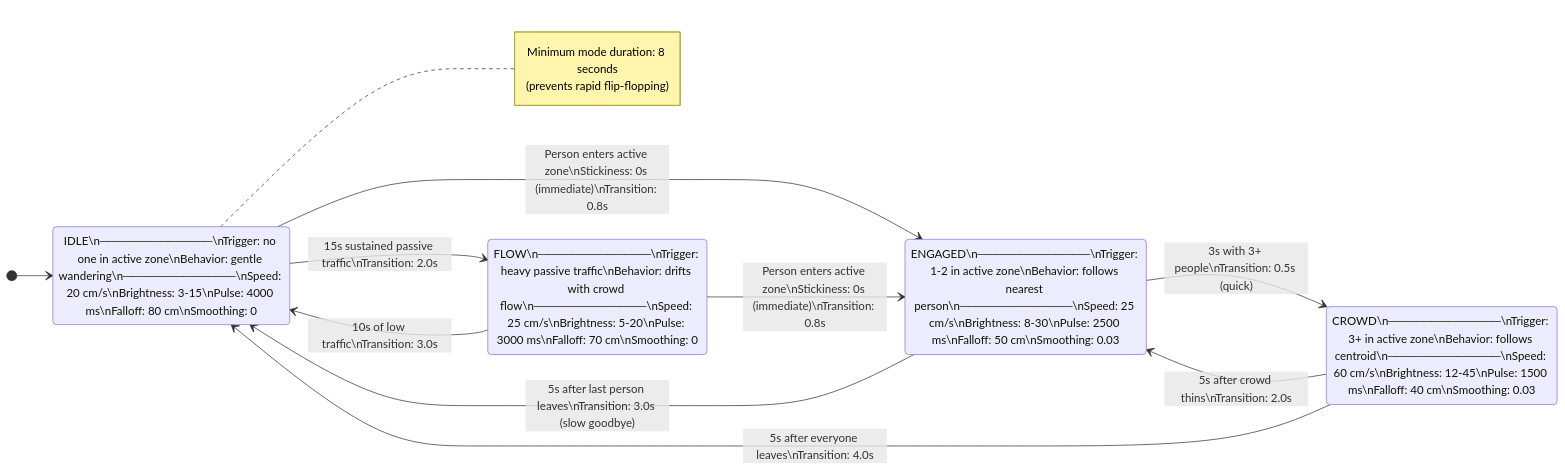
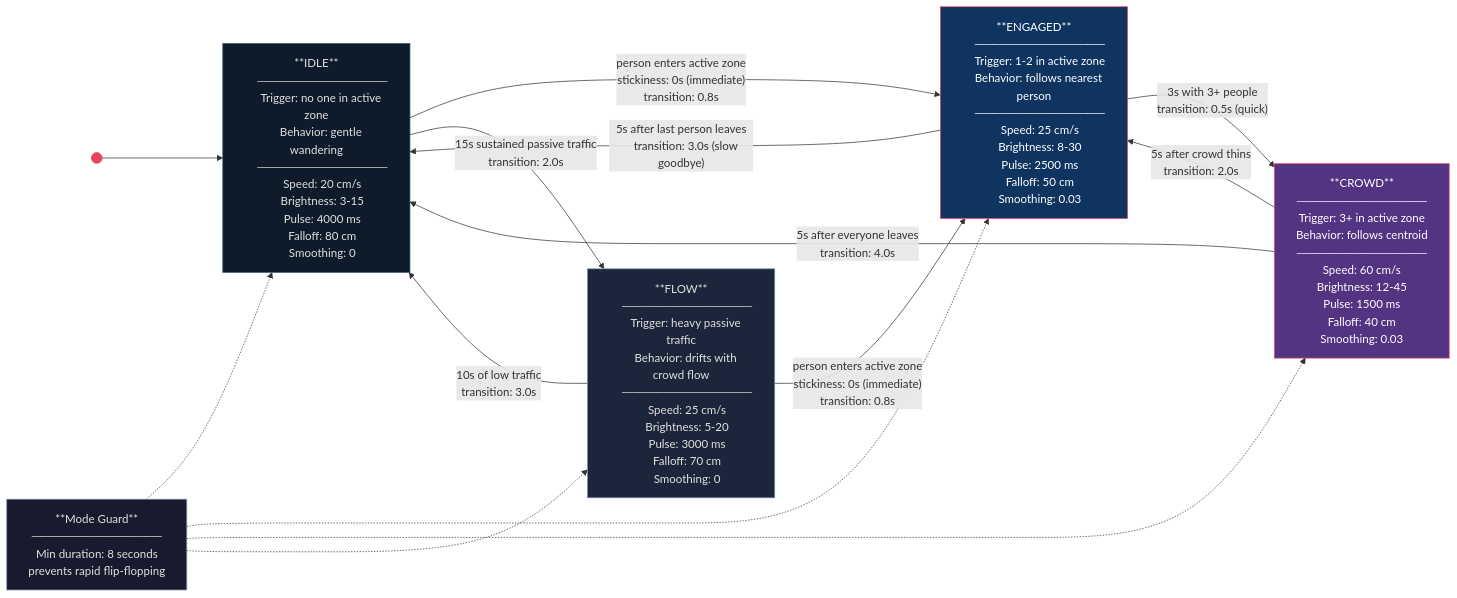
The second of 17 diagrams in IO/BEHAVIOR_DIAGRAMS.md (npuckett/dc-dev), drawn with Mermaid before and after one commit.

Commit message:
render fix

````diff
--- a/IO/BEHAVIOR_DIAGRAMS.md
+++ b/IO/BEHAVIOR_DIAGRAMS.md
@@ -76,25 +76,91 @@
 ```mermaid
-stateDiagram-v2
-    direction LR
+flowchart LR
+    START(( )) --> IDLE
 
-    IDLE: IDLE\n─────────────\nTrigger: no one in active zone\nBehavior: gentle wandering\n─────────────\nSpeed: 20 cm/s\nBrightness: 3-15\nPulse: 4000 ms\nFalloff: 80 cm\nSmoothing: 0
-    ENGAGED: ENGAGED\n─────────────\nTrigger: 1-2 in active zone\nBehavior: follows nearest person\n─────────────\nSpeed: 25 cm/s\nBrightness: 8-30\nPulse: 2500 ms\nFalloff: 50 cm\nSmoothing: 0.03
-    CROWD: CROWD\n─────────────\nTrigger: 3+ in active zone\nBehavior: follows centroid\n─────────────\nSpeed: 60 cm/s\nBrightness: 12-45\nPulse: 1500 ms\nFalloff: 40 cm\nSmoothing: 0.03
-    FLOW: FLOW\n─────────────\nTrigger: heavy passive traffic\nBehavior: drifts with crowd flow\n─────────────\nSpeed: 25 cm/s\nBrightness: 5-20\nPulse: 3000 ms\nFalloff: 70 cm\nSmoothing: 0
+    IDLE["**IDLE**
+    ───────────────
+    Trigger: no one in active zone
+    Behavior: gentle wandering
+    ───────────────
+    Speed: 20 cm/s
+    Brightness: 3-15
+    Pulse: 4000 ms
+    Falloff: 80 cm
+    Smoothing: 0"]
 
-    [*] --> IDLE
+    ENGAGED["**ENGAGED**
+    ───────────────
+    Trigger: 1-2 in active zone
+    Behavior: follows nearest person
+    ───────────────
+    Speed: 25 cm/s
+    Brightness: 8-30
+    Pulse: 2500 ms
+    Falloff: 50 cm
+    Smoothing: 0.03"]
 
-    IDLE --> ENGAGED: Person enters active zone\nStickiness: 0s (immediate)\nTransition: 0.8s
-    IDLE --> FLOW: 15s sustained passive traffic\nTransition: 2.0s
-    ENGAGED --> IDLE: 5s after last person leaves\nTransition: 3.0s (slow goodbye)
-    ENGAGED --> CROWD: 3s with 3+ people\nTransition: 0.5s (quick)
-    CROWD --> ENGAGED: 5s after crowd thins\nTransition: 2.0s
-    CROWD --> IDLE: 5s after everyone leaves\nTransition: 4.0s
-    FLOW --> IDLE: 10s of low traffic\nTransition: 3.0s
-    FLOW --> ENGAGED: Person enters active zone\nStickiness: 0s (immediate)\nTransition: 0.8s
+    CROWD["**CROWD**
+    ───────────────
+    Trigger: 3+ in active zone
+    Behavior: follows centroid
+    ───────────────
+    Speed: 60 cm/s
+    Brightness: 12-45
+    Pulse: 1500 ms
+    Falloff: 40 cm
+    Smoothing: 0.03"]
 
-    note right of IDLE
-        Minimum mode duration: 8 seconds
-        (prevents rapid flip-flopping)
-    end note
+    FLOW["**FLOW**
+    ───────────────
+    Trigger: heavy passive traffic
+    Behavior: drifts with crowd flow
+    ───────────────
+    Speed: 25 cm/s
+    Brightness: 5-20
+    Pulse: 3000 ms
+    Falloff: 70 cm
+    Smoothing: 0"]
+
+    IDLE -->|"person enters active zone
+    stickiness: 0s (immediate)
+    transition: 0.8s"| ENGAGED
+
+    IDLE -->|"15s sustained passive traffic
+    transition: 2.0s"| FLOW
+
+    ENGAGED -->|"5s after last person leaves
+    transition: 3.0s (slow goodbye)"| IDLE
+
+    ENGAGED -->|"3s with 3+ people
+    transition: 0.5s (quick)"| CROWD
+
+    CROWD -->|"5s after crowd thins
+    transition: 2.0s"| ENGAGED
+
+    CROWD -->|"5s after everyone leaves
+    transition: 4.0s"| IDLE
+
+    FLOW -->|"10s of low traffic
+    transition: 3.0s"| IDLE
+
+    FLOW -->|"person enters active zone
+    stickiness: 0s (immediate)
+    transition: 0.8s"| ENGAGED
+
+    GUARD["**Mode Guard**
+    ───────────────
+    Min duration: 8 seconds
+    prevents rapid flip-flopping"]
+
+    GUARD -.-> IDLE
+    GUARD -.-> ENGAGED
+    GUARD -.-> CROWD
+    GUARD -.-> FLOW
+
+    style START fill:#e94560,stroke:#e94560,color:#fff
+    style IDLE fill:#0d1b2a,stroke:#415a77,color:#e0e1dd
+    style ENGAGED fill:#0f3460,stroke:#e94560,color:#fff
+    style CROWD fill:#533483,stroke:#e94560,color:#fff
+    style FLOW fill:#1b263b,stroke:#778da9,color:#e0e1dd
+    style GUARD fill:#1a1a2e,stroke:#778da9,color:#e0e1dd
 ```
````
